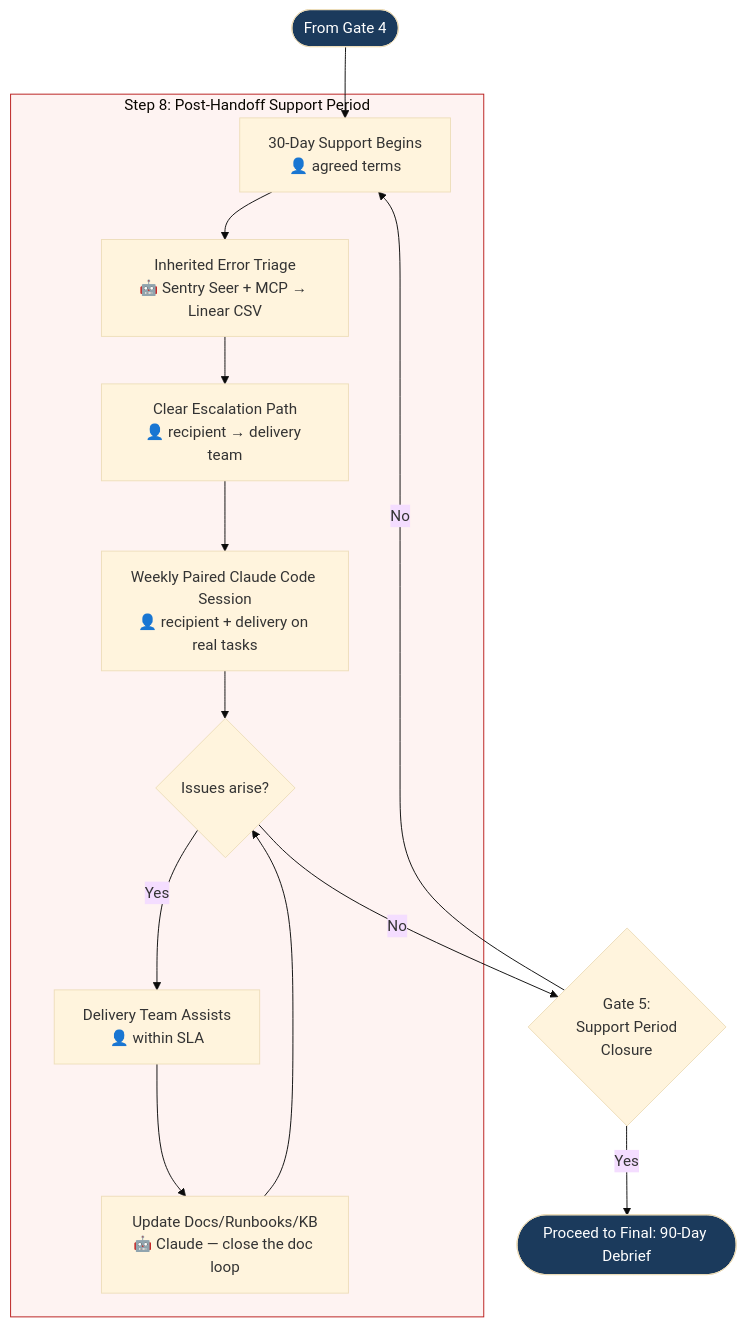
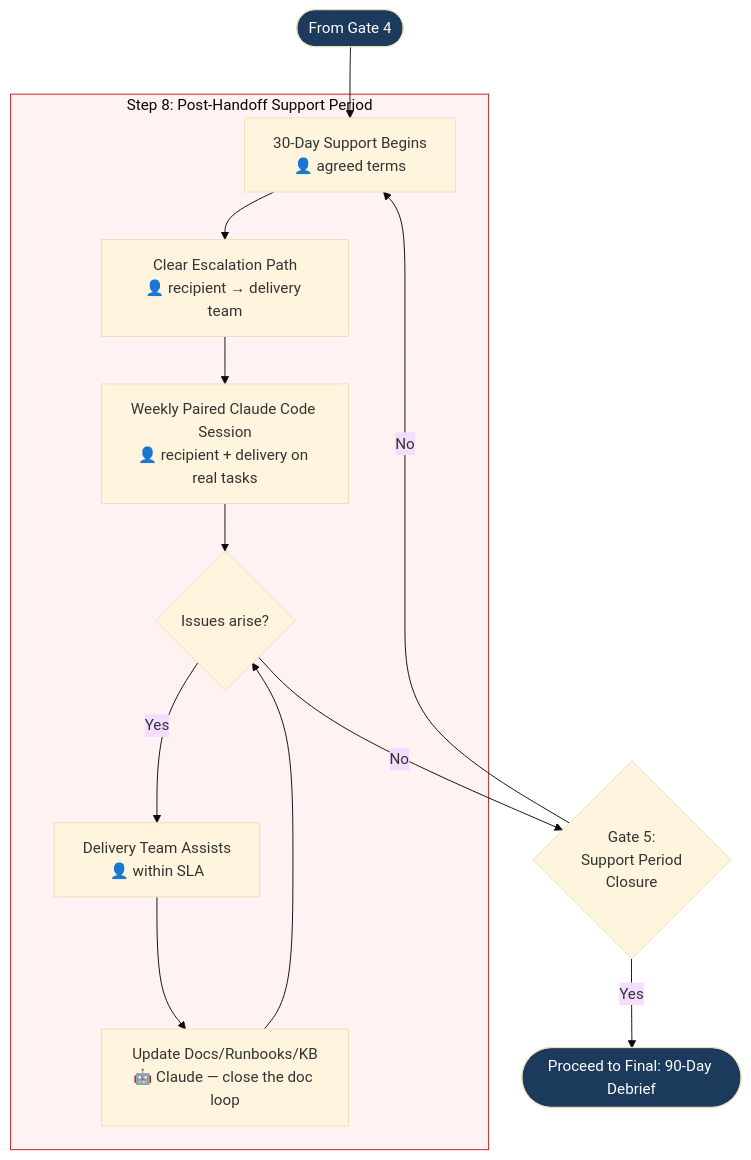
Before and after one commit to kalpat-allion/ai-dlc: the tenth of 11 diagrams in aidlc-phases/07-delivery-handoff/FLOWCHART.md, drawn with Mermaid (base theme). The commit also changed other lines of this file and 39 other files, not shown here.

````diff
--- a/aidlc-phases/07-delivery-handoff/FLOWCHART.md
+++ b/aidlc-phases/07-delivery-handoff/FLOWCHART.md
@@ -309,22 +306,21 @@
 ```mermaid
 flowchart TD
     ENTRY([From Gate 4]) --> SUPPORT
 
     subgraph SUPPORT_STEP["Step 8: Post-Handoff Support Period"]
-        SUPPORT[30-Day Support Begins<br/>👤 agreed terms] --> SEER_TRIAGE[Inherited Error Triage<br/>🤖 Sentry Seer + MCP → Linear CSV]
-        SEER_TRIAGE --> ESCALATION[Clear Escalation Path<br/>👤 recipient → delivery team]
+        SUPPORT[30-Day Support Begins<br/>👤 agreed terms] --> ESCALATION[Clear Escalation Path<br/>👤 recipient → delivery team]
         ESCALATION --> PAIRED[Weekly Paired Claude Code Session<br/>👤 recipient + delivery on real tasks]
         PAIRED --> ISSUES{Issues arise?}
         ISSUES -- Yes --> HELP[Delivery Team Assists<br/>👤 within SLA]
         HELP --> LEARN[Update Docs/Runbooks/KB<br/>🤖 Claude — close the doc loop]
         LEARN --> ISSUES
     end
 
     ISSUES -- No --> GATE5{Gate 5:<br/>Support Period<br/>Closure}
     GATE5 -- No --> SUPPORT
     GATE5 -- Yes --> NEXT([Proceed to Final: 90-Day Debrief])
 
     style ENTRY fill:#1B3A5C,color:#fff
     style NEXT fill:#1B3A5C,color:#fff
     style SUPPORT_STEP fill:#fef3f2,stroke:#B91C1C
 ```
````
